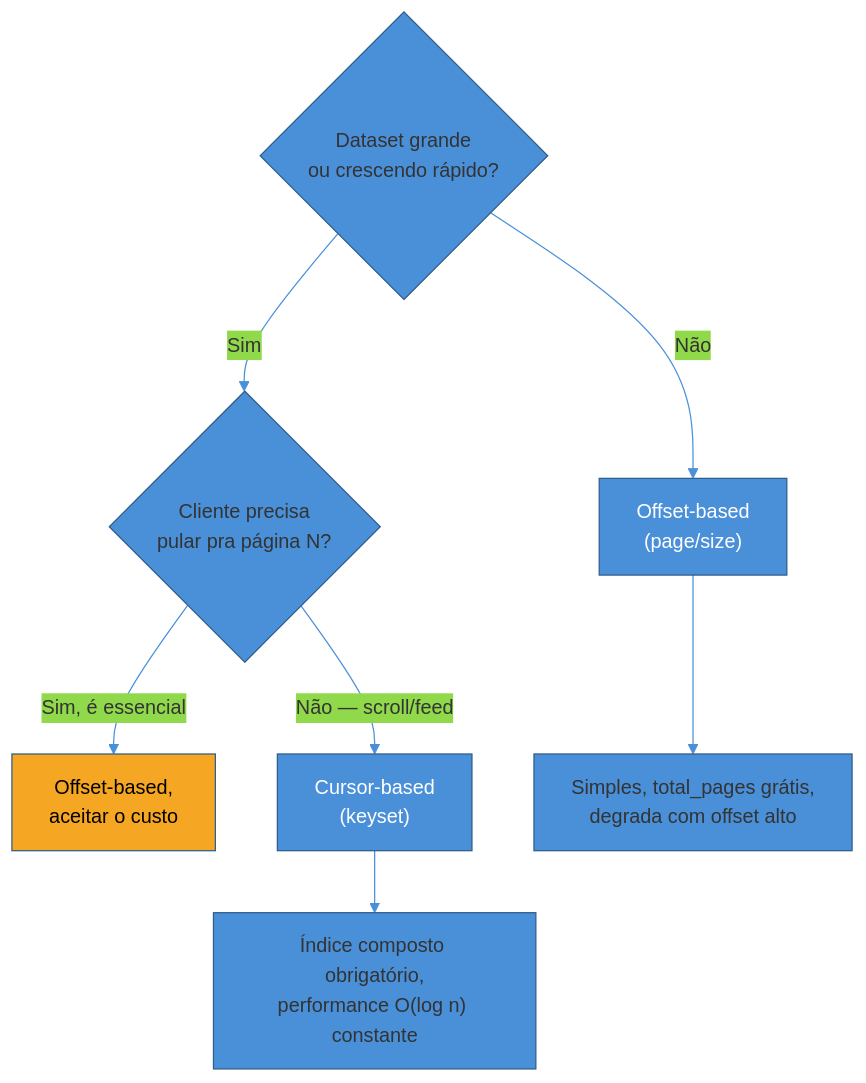
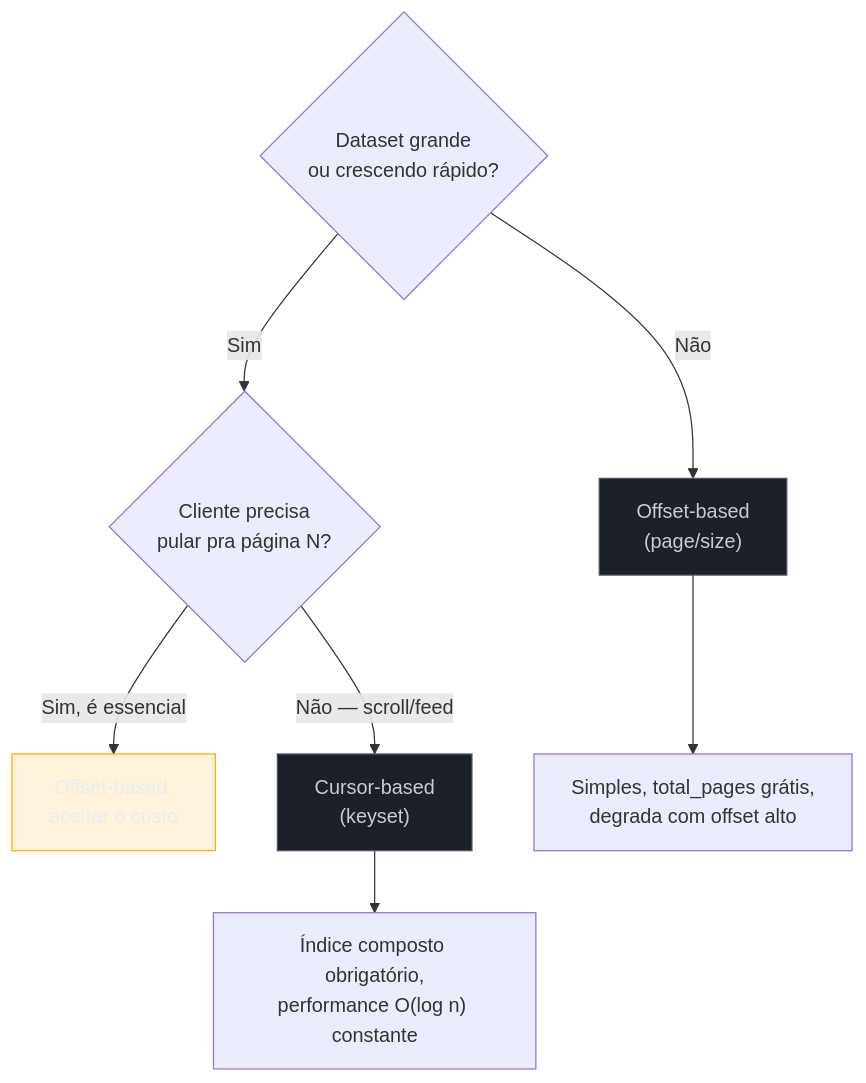
One commit to josenaldo/codex-technomanticus changed the first of 2 diagrams in 03-Dominios/Engenharia/Comunicação entre Sistemas/2 - Comunicação síncrona/03 - Paginação, filtros e autenticação em REST.md. Above: the diagram before and after it, drawn with Mermaid. The commit also changed other lines of this file and 1181 other files, not shown here.

First line of the commit message:
fix(diagramas): paleta do sistema no lugar de cor cravada no markdown

````diff
--- a/03-Dominios/Engenharia/Comunicação entre Sistemas/2 - Comunicação síncrona/03 - Paginação, filtros e autenticação em REST.md
+++ b/03-Dominios/Engenharia/Comunicação entre Sistemas/2 - Comunicação síncrona/03 - Paginação, filtros e autenticação em REST.md
@@ -130,15 +130,16 @@
 ```mermaid
-%%{init: {"theme": "base", "themeVariables": {"primaryColor": "#4A90D9", "primaryBorderColor": "#2E5C8A", "lineColor": "#4A90D9"}}}%%
 graph TD
+    classDef neutro fill:#1B2029,stroke:#4E5666,color:#C6CCD8
+    classDef destaque fill:#FFAA0024,stroke:#FFAA00,color:#E9ECF2
     Q{"Dataset grande<br/>ou crescendo rápido?"}
     Q -->|Não| OFF["Offset-based<br/>(page/size)"]
     Q -->|Sim| Q2{"Cliente precisa<br/>pular pra página N?"}
     Q2 -->|Sim, é essencial| OFF2["Offset-based,<br/>aceitar o custo"]
     Q2 -->|Não — scroll/feed| CUR["Cursor-based<br/>(keyset)"]
     OFF --> NOTE1["Simples, total_pages grátis,<br/>degrada com offset alto"]
     CUR --> NOTE2["Índice composto obrigatório,<br/>performance O(log n) constante"]
 
-    style OFF fill:#4A90D9,color:#fff
-    style OFF2 fill:#F5A623,color:#000
-    style CUR fill:#4A90D9,color:#fff
+    class OFF neutro
+    class OFF2 destaque
+    class CUR neutro
 ```
````
